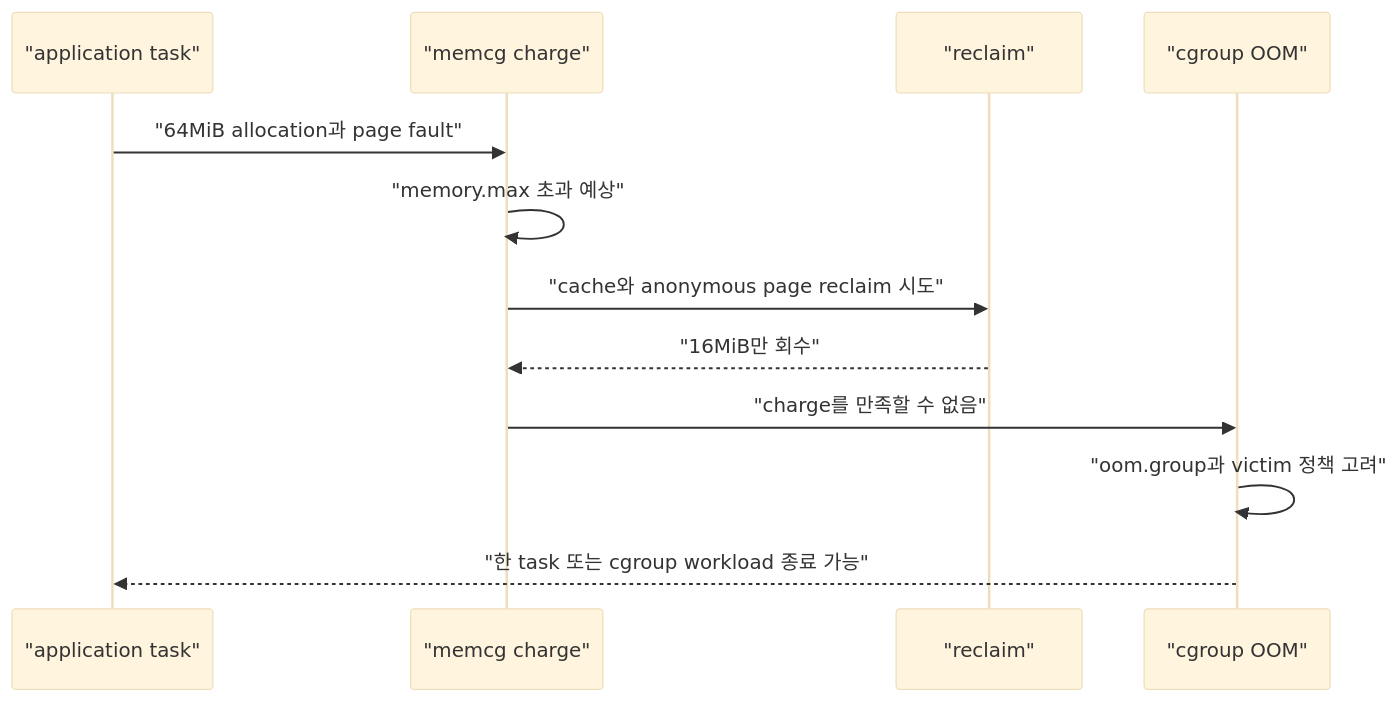
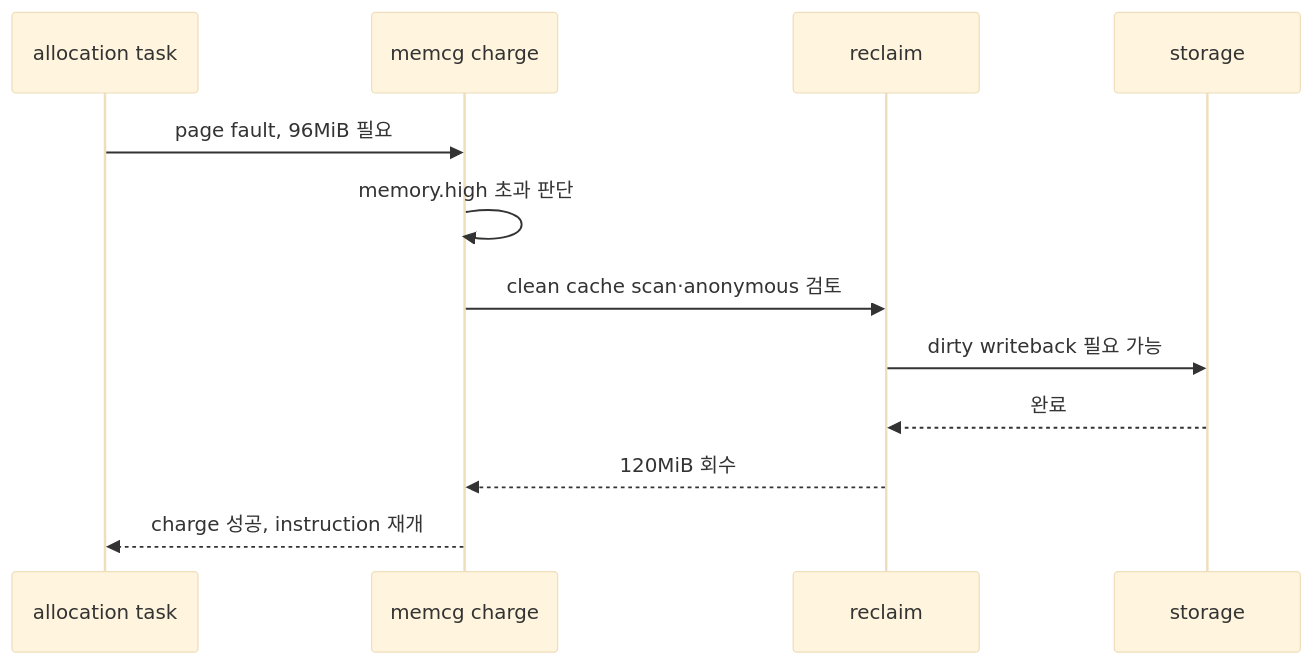
One commit to mj006648/netai-devsecops-runbook changed the diagram in learning/ubuntu-linux-internals/07-memory-pids-and-oom.md. Above: the diagram before and after it, drawn with Mermaid (base theme). The commit also changed other lines of this file and 165 other files, not shown here.

````diff
--- a/learning/ubuntu-linux-internals/07-memory-pids-and-oom.md
+++ b/learning/ubuntu-linux-internals/07-memory-pids-and-oom.md
@@ -73,14 +109,14 @@
 ```mermaid
 sequenceDiagram
-    participant A as "application task"
-    participant M as "memcg charge"
-    participant R as "reclaim"
-    participant O as "cgroup OOM"
-    A->>M: "64MiB allocation과 page fault"
-    M->>M: "memory.max 초과 예상"
-    M->>R: "cache와 anonymous page reclaim 시도"
-    R-->>M: "16MiB만 회수"
-    M->>O: "charge를 만족할 수 없음"
-    O->>O: "oom.group과 victim 정책 고려"
-    O-->>A: "한 task 또는 cgroup workload 종료 가능"
+    participant A as allocation task
+    participant M as memcg charge
+    participant R as reclaim
+    participant D as storage
+    A->>M: page fault, 96MiB 필요
+    M->>M: memory.high 초과 판단
+    M->>R: clean cache scan·anonymous 검토
+    R->>D: dirty writeback 필요 가능
+    D-->>R: 완료
+    R-->>M: 120MiB 회수
+    M-->>A: charge 성공, instruction 재개
 ```
````
